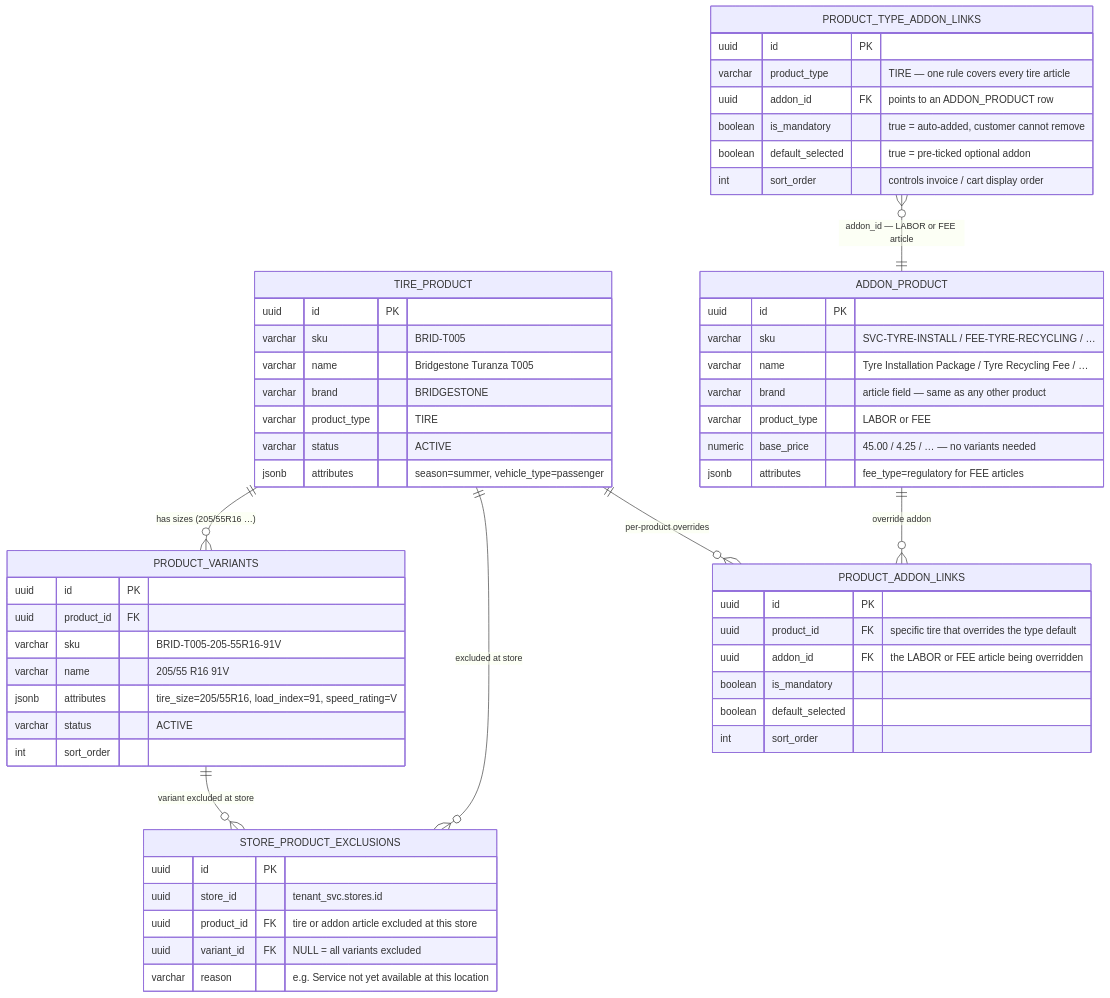
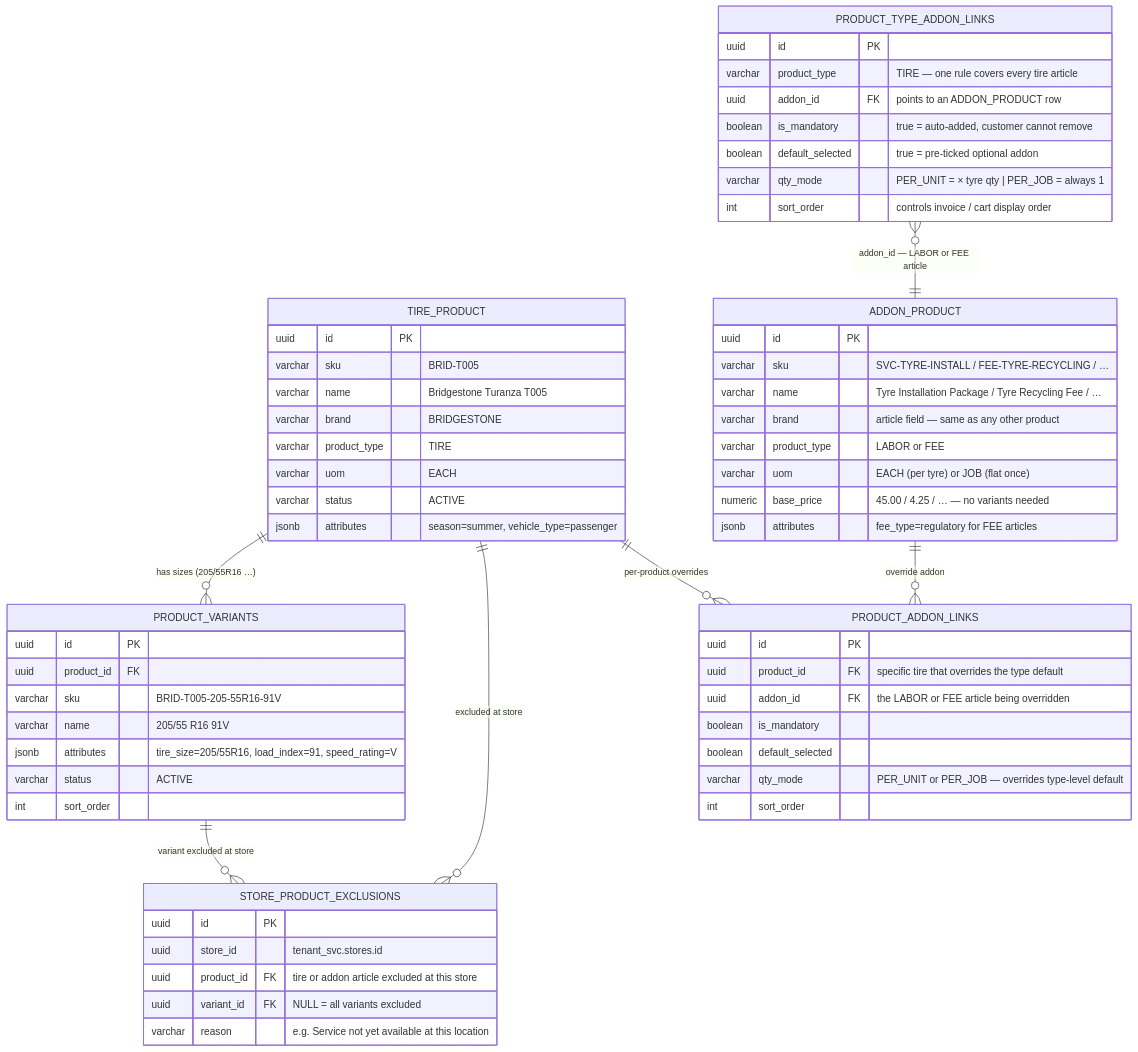
Before and after one commit to sumitjuyal/ecommerce-platform: the first of 2 diagrams in eComm/eCommDataModel/catalog-domain.md, drawn with Mermaid. The commit also changed other lines of this file and 1 other file, not shown here.

First line of the commit message:
Add uom to products and qty_mode to addon link tables

````diff
--- a/eComm/eCommDataModel/catalog-domain.md
+++ b/eComm/eCommDataModel/catalog-domain.md
@@ -102,66 +109,70 @@
 ```mermaid
 erDiagram
 
   TIRE_PRODUCT ||--o{ PRODUCT_VARIANTS             : "has sizes (205/55R16 …)"
   TIRE_PRODUCT ||--o{ STORE_PRODUCT_EXCLUSIONS     : "excluded at store"
   PRODUCT_VARIANTS ||--o{ STORE_PRODUCT_EXCLUSIONS : "variant excluded at store"
   PRODUCT_TYPE_ADDON_LINKS }o--|| ADDON_PRODUCT    : "addon_id — LABOR or FEE article"
   TIRE_PRODUCT ||--o{ PRODUCT_ADDON_LINKS          : "per-product overrides"
   ADDON_PRODUCT ||--o{ PRODUCT_ADDON_LINKS         : "override addon"
 
   TIRE_PRODUCT {
     uuid    id PK
     varchar sku           "BRID-T005"
     varchar name          "Bridgestone Turanza T005"
     varchar brand         "BRIDGESTONE"
     varchar product_type  "TIRE"
+    varchar uom           "EACH"
     varchar status        "ACTIVE"
     jsonb   attributes    "season=summer, vehicle_type=passenger"
   }
 
   PRODUCT_VARIANTS {
     uuid    id PK
     uuid    product_id FK
     varchar sku           "BRID-T005-205-55R16-91V"
     varchar name          "205/55 R16 91V"
     jsonb   attributes    "tire_size=205/55R16, load_index=91, speed_rating=V"
     varchar status        "ACTIVE"
     int     sort_order
   }
 
   PRODUCT_TYPE_ADDON_LINKS {
     uuid    id PK
-    varchar product_type  "TIRE — one rule covers every tire article"
-    uuid    addon_id FK   "points to an ADDON_PRODUCT row"
-    boolean is_mandatory  "true = auto-added, customer cannot remove"
+    varchar product_type     "TIRE — one rule covers every tire article"
+    uuid    addon_id FK      "points to an ADDON_PRODUCT row"
+    boolean is_mandatory     "true = auto-added, customer cannot remove"
     boolean default_selected "true = pre-ticked optional addon"
-    int     sort_order    "controls invoice / cart display order"
+    varchar qty_mode         "PER_UNIT = × tyre qty | PER_JOB = always 1"
+    int     sort_order       "controls invoice / cart display order"
   }
 
   ADDON_PRODUCT {
     uuid    id PK
     varchar sku           "SVC-TYRE-INSTALL / FEE-TYRE-RECYCLING / …"
     varchar name          "Tyre Installation Package / Tyre Recycling Fee / …"
     varchar brand         "article field — same as any other product"
     varchar product_type  "LABOR or FEE"
+    varchar uom           "EACH (per tyre) or JOB (flat once)"
     numeric base_price    "45.00 / 4.25 / … — no variants needed"
     jsonb   attributes    "fee_type=regulatory for FEE articles"
   }
 
   PRODUCT_ADDON_LINKS {
     uuid    id PK
-    uuid    product_id FK "specific tire that overrides the type default"
-    uuid    addon_id FK   "the LABOR or FEE article being overridden"
+    uuid    product_id FK    "specific tire that overrides the type default"
+    uuid    addon_id FK      "the LABOR or FEE article being overridden"
     boolean is_mandatory
     boolean default_selected
+    varchar qty_mode         "PER_UNIT or PER_JOB — overrides type-level default"
     int     sort_order
   }
 
   STORE_PRODUCT_EXCLUSIONS {
     uuid    id PK
     uuid    store_id      "tenant_svc.stores.id"
     uuid    product_id FK "tire or addon article excluded at this store"
     uuid    variant_id FK "NULL = all variants excluded"
     varchar reason        "e.g. Service not yet available at this location"
   }
 ```
````
